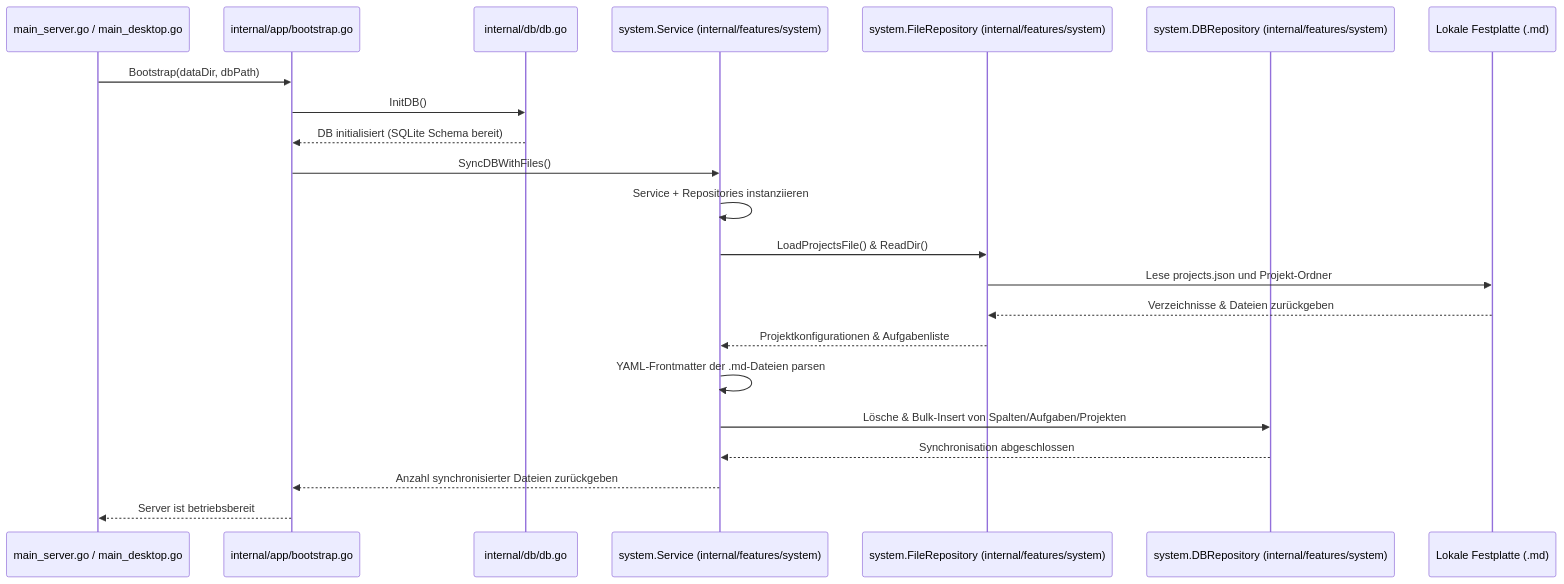
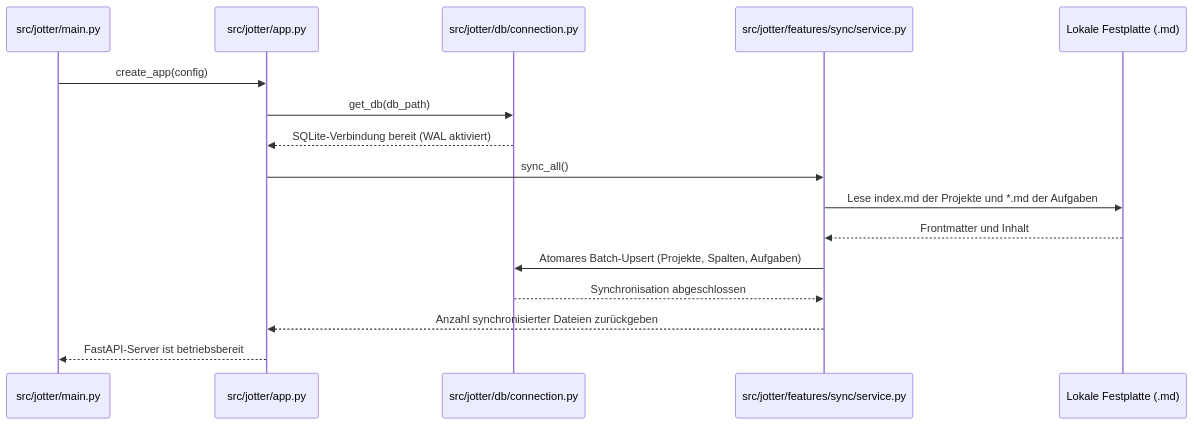
Before and after one commit to simon123h/Jotter: the fourth of 4 diagrams in docs/de/developer/architecture.md, drawn with Mermaid. The commit also changed other lines of this file and 7 other files, not shown here.

````diff
--- a/docs/de/developer/architecture.md
+++ b/docs/de/developer/architecture.md
@@ -117,25 +117,19 @@
 ```mermaid
 sequenceDiagram
-    participant Main as main_server.go / main_desktop.go
-    participant Bootstrap as internal/app/bootstrap.go
-    participant DB as internal/db/db.go
-    participant SysSvc as system.Service (internal/features/system)
-    participant FileRepo as system.FileRepository (internal/features/system)
-    participant DBRepo as system.DBRepository (internal/features/system)
+    participant Main as src/jotter/main.py
+    participant App as src/jotter/app.py
+    participant DB as src/jotter/db/connection.py
+    participant Sync as src/jotter/features/sync/service.py
     participant Disk as Lokale Festplatte (.md)
 
-    Main->>Bootstrap: Bootstrap(dataDir, dbPath)
-    Bootstrap->>DB: InitDB()
-    DB-->>Bootstrap: DB initialisiert (SQLite Schema bereit)
-    Bootstrap->>SysSvc: SyncDBWithFiles()
-    SysSvc->>SysSvc: Service + Repositories instanziieren
-    SysSvc->>FileRepo: LoadProjectsFile() & ReadDir()
-    FileRepo->>Disk: Lese projects.json und Projekt-Ordner
-    Disk-->>FileRepo: Verzeichnisse & Dateien zurückgeben
-    FileRepo-->>SysSvc: Projektkonfigurationen & Aufgabenliste
-    SysSvc->>SysSvc: YAML-Frontmatter der .md-Dateien parsen
-    SysSvc->>DBRepo: Lösche & Bulk-Insert von Spalten/Aufgaben/Projekten
-    DBRepo-->>SysSvc: Synchronisation abgeschlossen
-    SysSvc-->>Bootstrap: Anzahl synchronisierter Dateien zurückgeben
-    Bootstrap-->>Main: Server ist betriebsbereit
+    Main->>App: create_app(config)
+    App->>DB: get_db(db_path)
+    DB-->>App: SQLite-Verbindung bereit (WAL aktiviert)
+    App->>Sync: sync_all()
+    Sync->>Disk: Lese index.md der Projekte und *.md der Aufgaben
+    Disk-->>Sync: Frontmatter und Inhalt
+    Sync->>DB: Atomares Batch-Upsert (Projekte, Spalten, Aufgaben)
+    DB-->>Sync: Synchronisation abgeschlossen
+    Sync-->>App: Anzahl synchronisierter Dateien zurückgeben
+    App-->>Main: FastAPI-Server ist betriebsbereit
 ```
````
